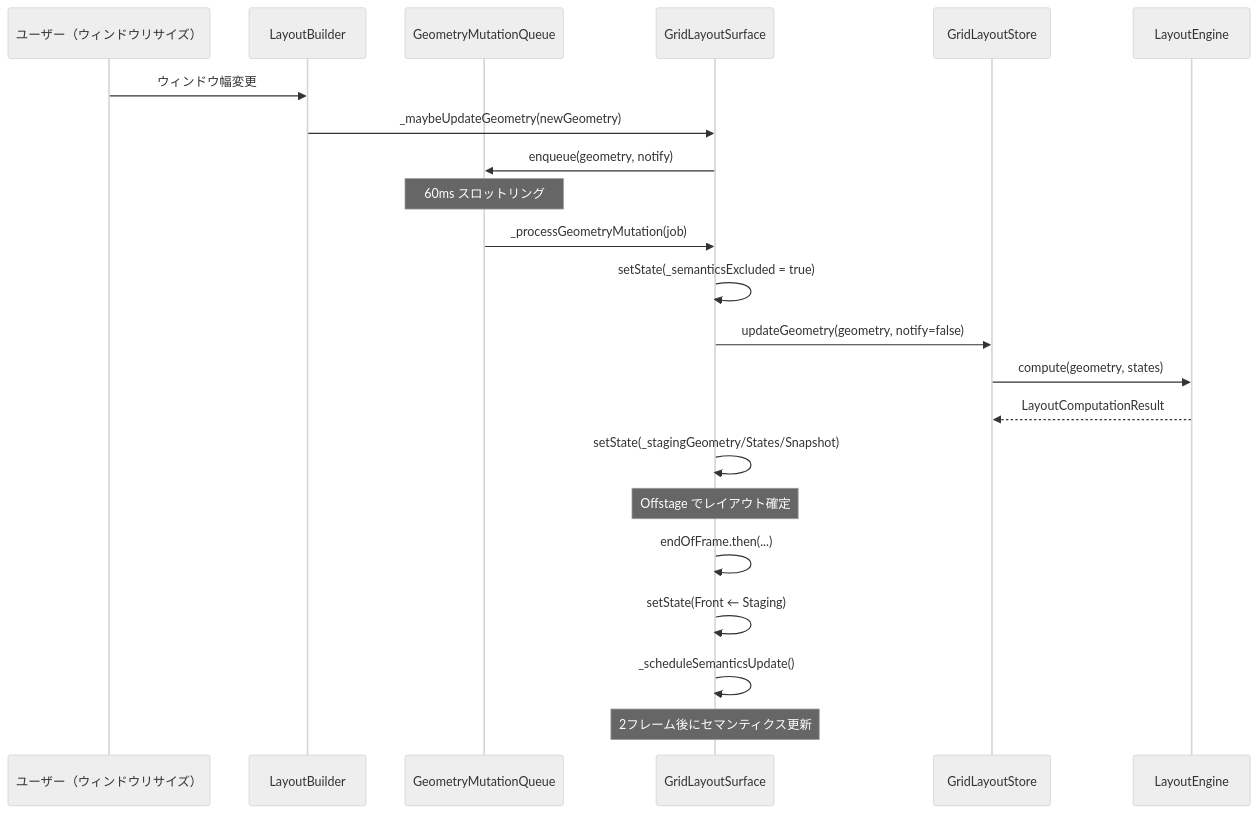
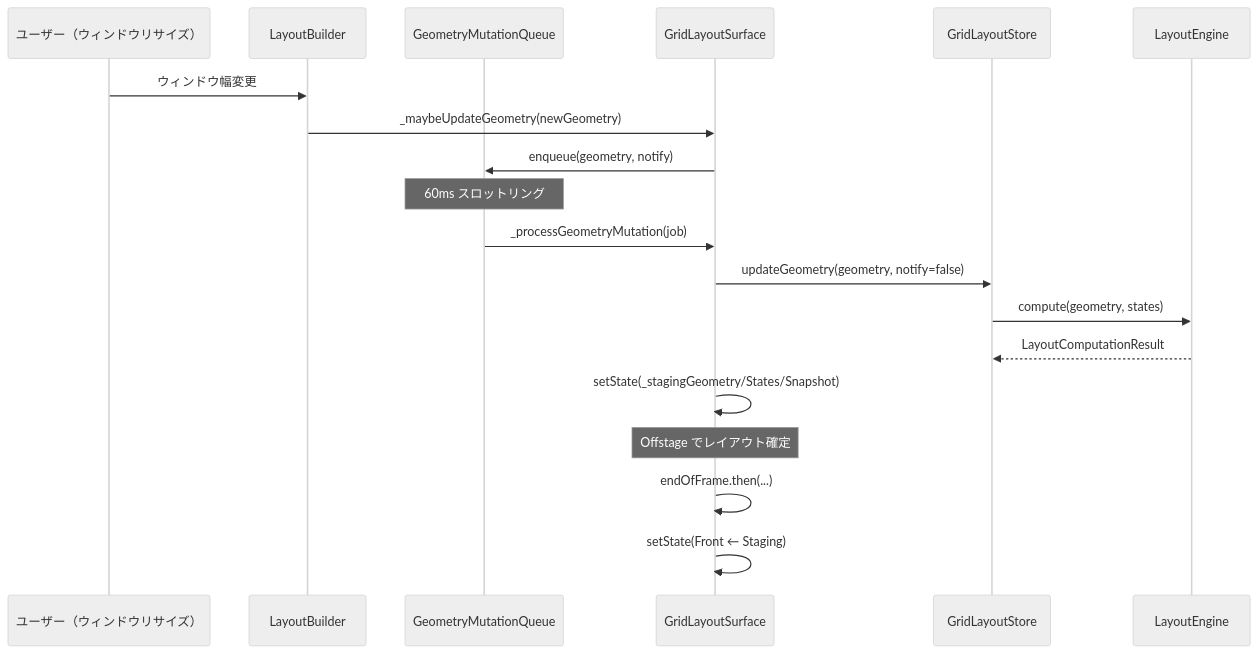
Before and after one commit to lietsee/clip-pix: the third of 4 diagrams in docs/system/grid_layout_surface.md, drawn with Mermaid (neutral theme). The commit also changed other lines of this file and 14 other files, not shown here.

````diff
--- a/docs/system/grid_layout_surface.md
+++ b/docs/system/grid_layout_surface.md
@@ -150,25 +138,22 @@
 ```mermaid
 sequenceDiagram
     participant User as ユーザー（ウィンドウリサイズ）
     participant LB as LayoutBuilder
     participant Queue as GeometryMutationQueue
     participant Surface as GridLayoutSurface
     participant Store as GridLayoutStore
     participant Engine as LayoutEngine
 
     User->>LB: ウィンドウ幅変更
     LB->>Surface: _maybeUpdateGeometry(newGeometry)
     Surface->>Queue: enqueue(geometry, notify)
     Note over Queue: 60ms スロットリング
     Queue->>Surface: _processGeometryMutation(job)
-    Surface->>Surface: setState(_semanticsExcluded = true)
     Surface->>Store: updateGeometry(geometry, notify=false)
     Store->>Engine: compute(geometry, states)
     Engine-->>Store: LayoutComputationResult
     Surface->>Surface: setState(_stagingGeometry/States/Snapshot)
     Note over Surface: Offstage でレイアウト確定
     Surface->>Surface: endOfFrame.then(...)
     Surface->>Surface: setState(Front ← Staging)
-    Surface->>Surface: _scheduleSemanticsUpdate()
-    Note over Surface: 2フレーム後にセマンティクス更新
 ```
````
